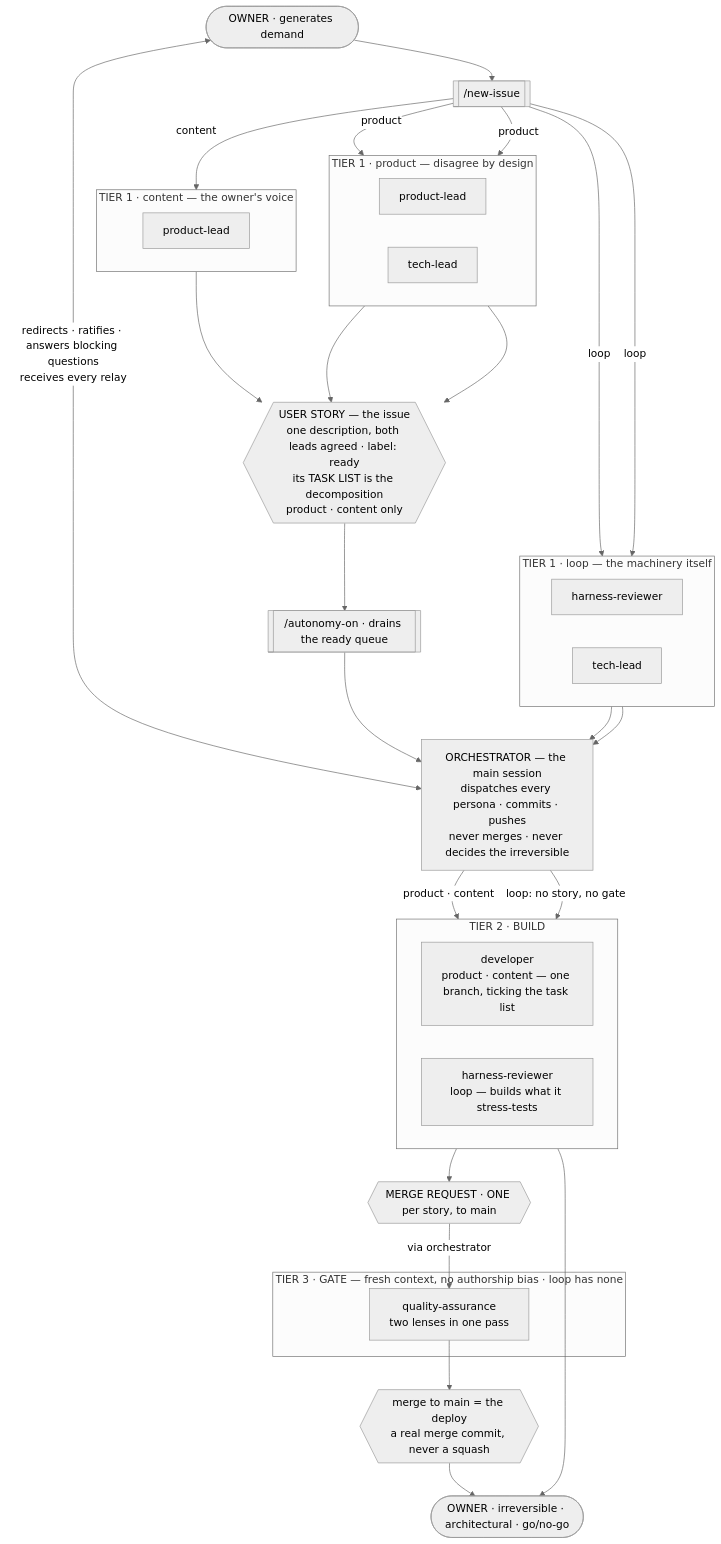
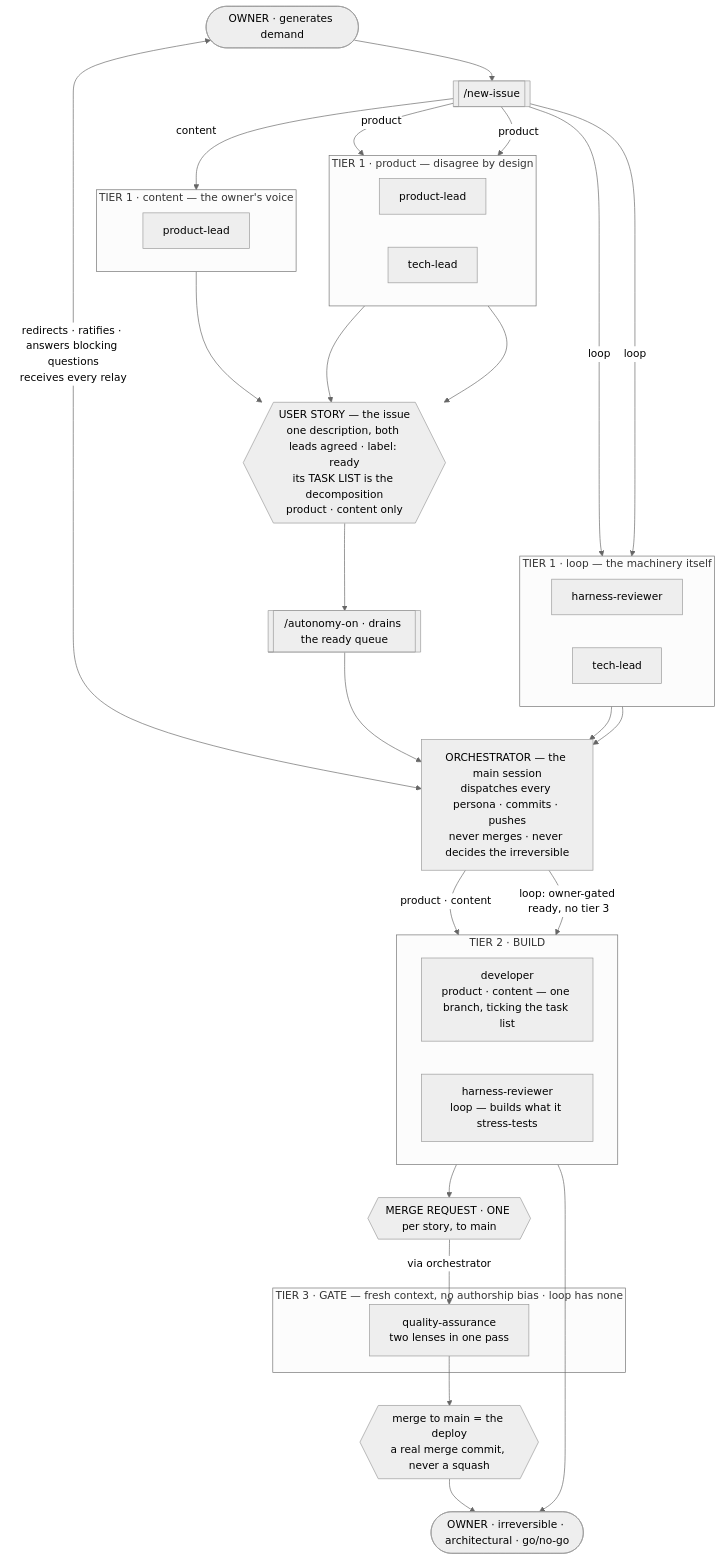
The first of 4 diagrams in README.md (tedeuxx/tadeumendonca-skills), drawn with Mermaid (neutral theme) before and after one commit. The commit also changed other lines of this file, not shown here.

````diff
--- a/README.md
+++ b/README.md
@@ -135,69 +135,69 @@
 ```mermaid
 flowchart TB
   O(["OWNER · generates demand"])
   NI[["/new-issue"]]
 
   subgraph T1P["TIER 1 · product — disagree by design"]
     direction LR
     PL["product-lead"]
     TL["tech-lead"]
   end
 
   subgraph T1C["TIER 1 · content — the owner's voice"]
     direction LR
     PLC["product-lead"]
   end
 
   subgraph T1L["TIER 1 · loop — the machinery itself"]
     direction LR
     HR["harness-reviewer"]
     TLL["tech-lead"]
   end
 
   US{{"USER STORY — the issue<br/>one description, both leads agreed · label: ready<br/>its TASK LIST is the decomposition<br/>product · content only"}}
   AO[["/autonomy-on · drains the ready queue"]]
 
   ORCH["ORCHESTRATOR — the main session<br/>dispatches every persona · commits · pushes<br/>never merges · never decides the irreversible"]
 
   subgraph T2["TIER 2 · BUILD"]
     direction LR
     DEV["developer<br/>product · content — one branch, ticking the task list"]
     HRB["harness-reviewer<br/>loop — builds what it stress-tests"]
   end
 
   MR{{"MERGE REQUEST · ONE per story, to main"}}
 
   subgraph T3["TIER 3 · GATE — fresh context, no authorship bias · loop has none"]
     QA["quality-assurance<br/>two lenses in one pass"]
   end
 
   M{{"merge to main = the deploy<br/>a real merge commit, never a squash"}}
   OUT(["OWNER · irreversible · architectural · go/no-go"])
 
   O --> NI
   O <-->|"redirects · ratifies · answers blocking questions<br/>receives every relay"| ORCH
 
   NI -->|product| PL
   NI -->|product| TL
   NI -->|content| PLC
   NI -->|loop| HR
   NI -->|loop| TLL
 
   PL --> US
   TL --> US
   PLC --> US
   US --> AO
   AO --> ORCH
 
   HR --> ORCH
   TLL --> ORCH
 
   ORCH -->|"product · content"| DEV
-  ORCH -->|"loop: no story, no gate"| HRB
+  ORCH -->|"loop: owner-gated ready, no tier 3"| HRB
 
   DEV --> MR
   MR -->|"via orchestrator"| QA
   QA --> M
   M --> OUT
   HRB --> OUT
 ```
````
